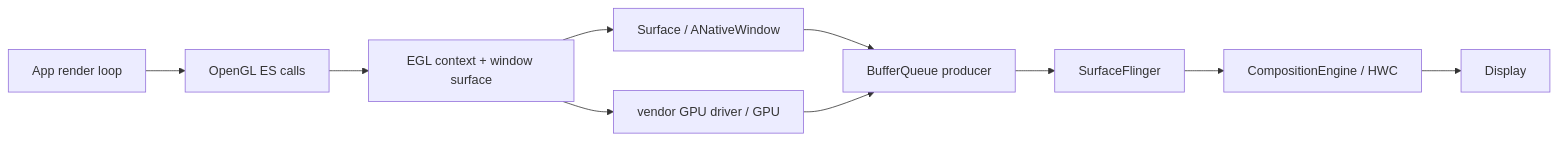
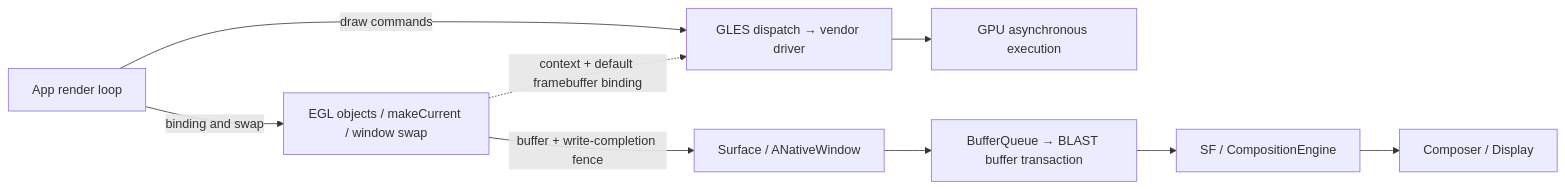
One commit to Gracker/android-internals-wiki changed the first of 4 diagrams in src/part2-performance/ch13-rendering-pipelines/04-opengl-egl-angle.md. Above: the diagram before and after it, drawn with Mermaid. The commit also changed other lines of this file and 196 other files, not shown here.

````diff
--- a/src/part2-performance/ch13-rendering-pipelines/04-opengl-egl-angle.md
+++ b/src/part2-performance/ch13-rendering-pipelines/04-opengl-egl-angle.md
@@ -165,17 +204,15 @@
 ```mermaid
 flowchart LR
     App["App render loop"]
-    GLES["OpenGL ES calls"]
-    EGL["EGL context + window surface"]
+    GLES["GLES dispatch → vendor driver"]
+    EGL["EGL objects / makeCurrent / window swap"]
     ANW["Surface / ANativeWindow"]
-    BQ["BufferQueue producer"]
-    GPU["vendor GPU driver / GPU"]
-    SF["SurfaceFlinger"]
-    HWC["CompositionEngine / HWC"]
-    Display["Display"]
-
-    App --> GLES --> EGL
-    EGL --> GPU
-    EGL --> ANW --> BQ --> SF --> HWC --> Display
-    GPU --> BQ
+    BQ["BufferQueue → BLAST buffer transaction"]
+    GPU["GPU asynchronous execution"]
+    SF["SF / CompositionEngine"]
+    HWC["Composer / Display"]
+    App -->|draw commands| GLES --> GPU
+    App -->|binding and swap| EGL
+    EGL -.->|context + default framebuffer binding| GLES
+    EGL -->|buffer + write-completion fence| ANW --> BQ --> SF --> HWC
 ```
````
